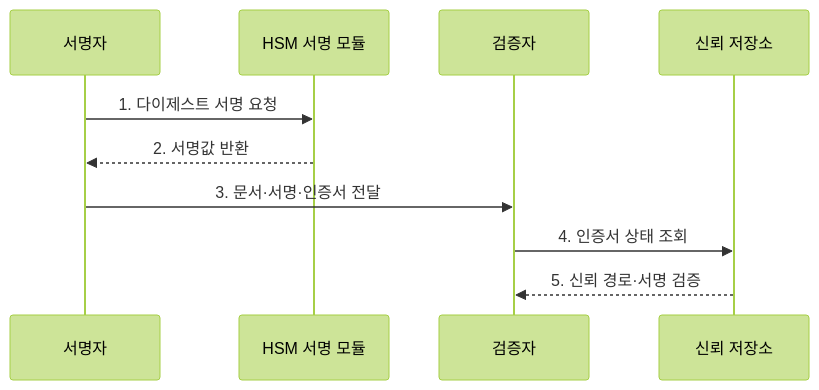
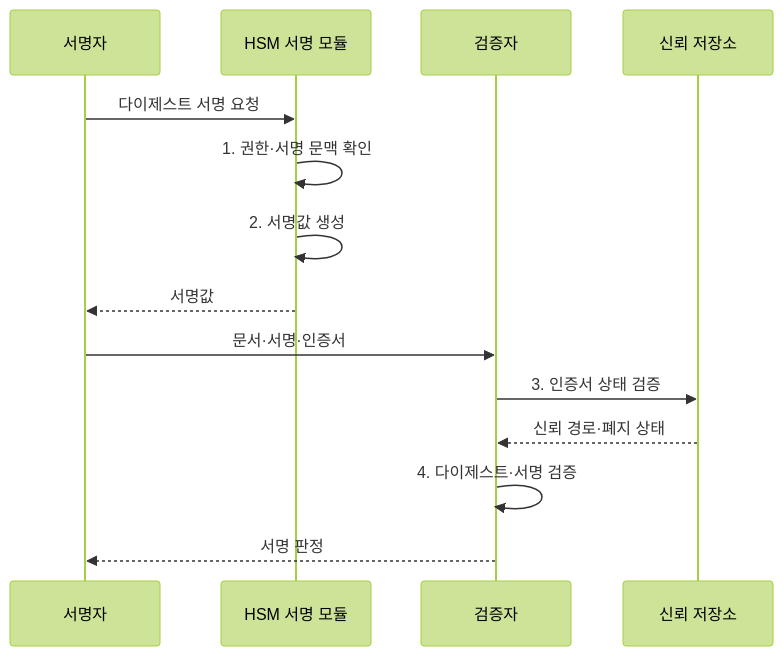
The second of 2 diagrams in src/content/docs/notes/05-security/006_digital_signature.md (agnusdei1207/knowledge-base), drawn with Mermaid (forest theme) before and after one commit. The commit also changed other lines of this file and 20 other files, not shown here.

````diff
--- a/src/content/docs/notes/05-security/006_digital_signature.md
+++ b/src/content/docs/notes/05-security/006_digital_signature.md
@@ -85,12 +86,16 @@
 ```mermaid
 sequenceDiagram
     participant S as 서명자
     participant H as HSM 서명 모듈
     participant V as 검증자
     participant T as 신뢰 저장소
-    S->>H: 1. 다이제스트 서명 요청
-    H-->>S: 2. 서명값 반환
-    S->>V: 3. 문서·서명·인증서 전달
-    V->>T: 4. 인증서 상태 조회
-    T-->>V: 5. 신뢰 경로·서명 검증
+    S->>H: 다이제스트 서명 요청
+    H->>H: 1. 권한·서명 문맥 확인
+    H->>H: 2. 서명값 생성
+    H-->>S: 서명값
+    S->>V: 문서·서명·인증서
+    V->>T: 3. 인증서 상태 검증
+    T-->>V: 신뢰 경로·폐지 상태
+    V->>V: 4. 다이제스트·서명 검증
+    V-->>S: 서명 판정
 ```
````
